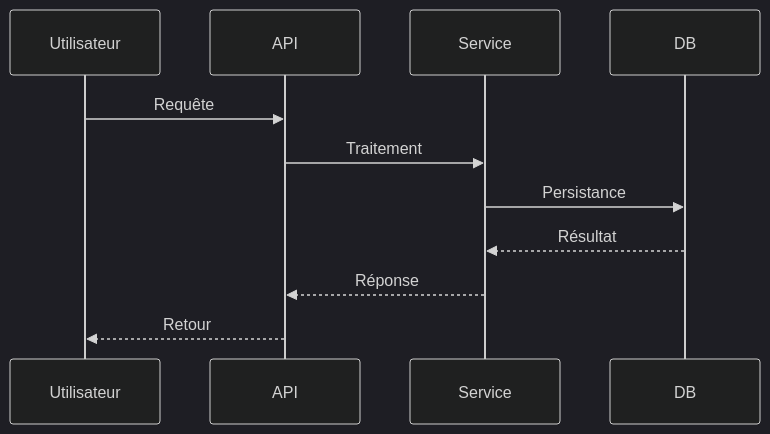
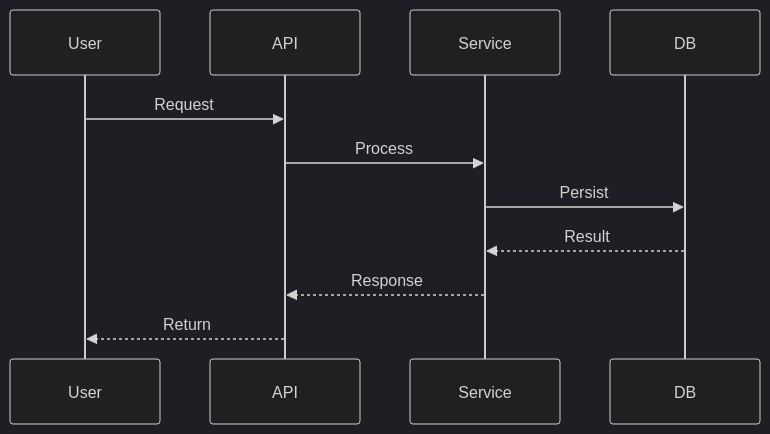
The diagram in skills/forge/steps/step-05-document.md (davidaparicio/devattom-claude), drawn with Mermaid (dark theme) before and after one commit. The commit also changed other lines of this file and 22 other files, not shown here.

````diff
--- a/skills/forge/steps/step-05-document.md
+++ b/skills/forge/steps/step-05-document.md
@@ -118,14 +118,14 @@
 ```mermaid
 sequenceDiagram
-    participant U as Utilisateur
+    participant U as User
     participant A as API
     participant S as Service
     participant D as DB
 
-    U->>A: Requête
-    A->>S: Traitement
-    S->>D: Persistance
-    D-->>S: Résultat
-    S-->>A: Réponse
-    A-->>U: Retour
+    U->>A: Request
+    A->>S: Process
+    S->>D: Persist
+    D-->>S: Result
+    S-->>A: Response
+    A-->>U: Return
 ```
````
